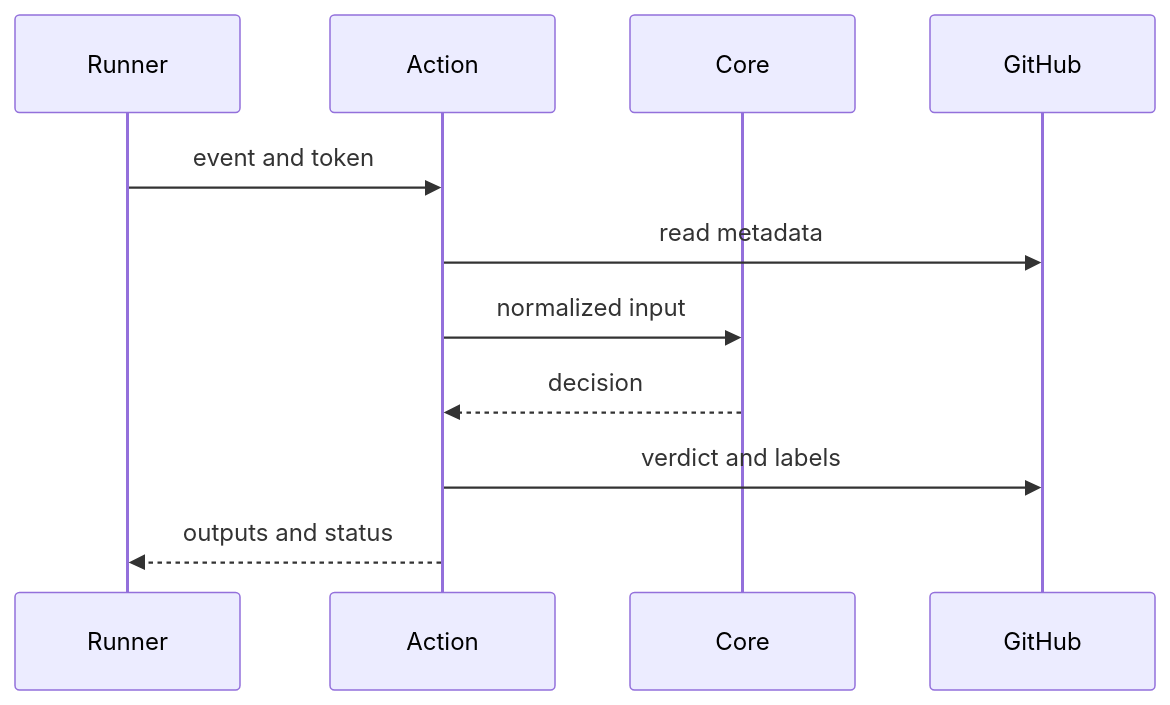
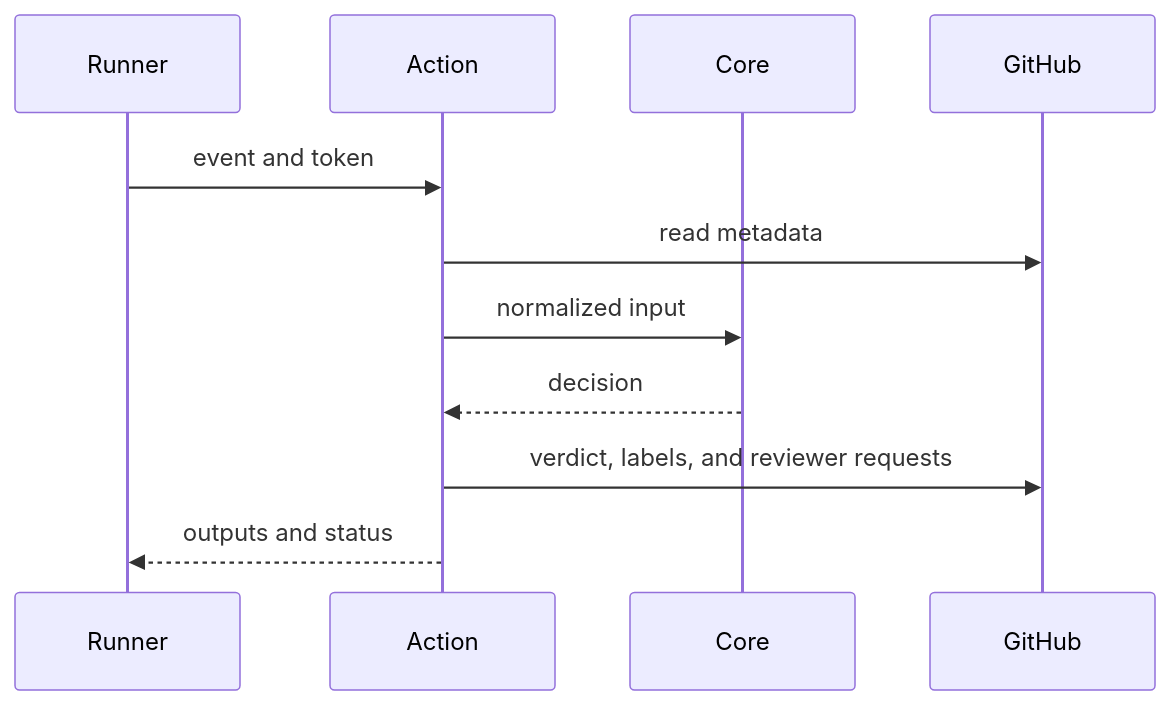
The third of 3 diagrams in packages/github-action/AGENTS.md (streamentry/AGENTOWNERS), drawn with Mermaid before and after one commit. The commit also changed other lines of this file and 12 other files, not shown here.

````diff
--- a/packages/github-action/AGENTS.md
+++ b/packages/github-action/AGENTS.md
@@ -30,13 +41,13 @@
 ```mermaid
 sequenceDiagram
   participant Runner
   participant Action
   participant Core
   participant GitHub
   Runner->>Action: event and token
   Action->>GitHub: read metadata
   Action->>Core: normalized input
   Core-->>Action: decision
-  Action->>GitHub: verdict and labels
+  Action->>GitHub: verdict, labels, and reviewer requests
   Action-->>Runner: outputs and status
 ```
````
